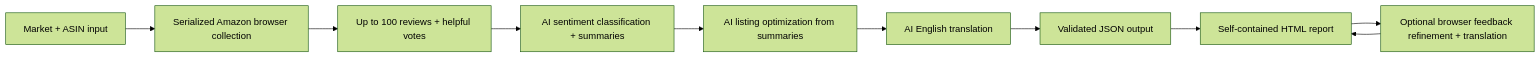
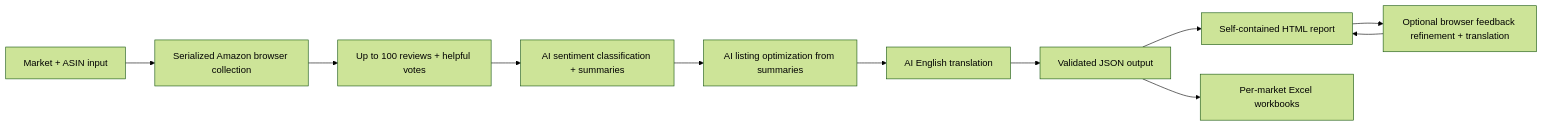
The diagram in README.md (christycap/review-genius), drawn with Mermaid (forest theme) before and after one commit. The commit also changed other lines of this file and 4 other files, not shown here.

````diff
--- a/README.md
+++ b/README.md
@@ -30,12 +30,13 @@
 ```mermaid
 flowchart LR
     A[Market + ASIN input] --> B[Serialized Amazon browser collection]
     B --> C[Up to 100 reviews + helpful votes]
     C --> D[AI sentiment classification + summaries]
     D --> E[AI listing optimization from summaries]
     E --> F[AI English translation]
     F --> G[Validated JSON output]
     G --> H[Self-contained HTML report]
+    G --> J[Per-market Excel workbooks]
     H --> I[Optional browser feedback refinement + translation]
     I --> H
 ```
````
